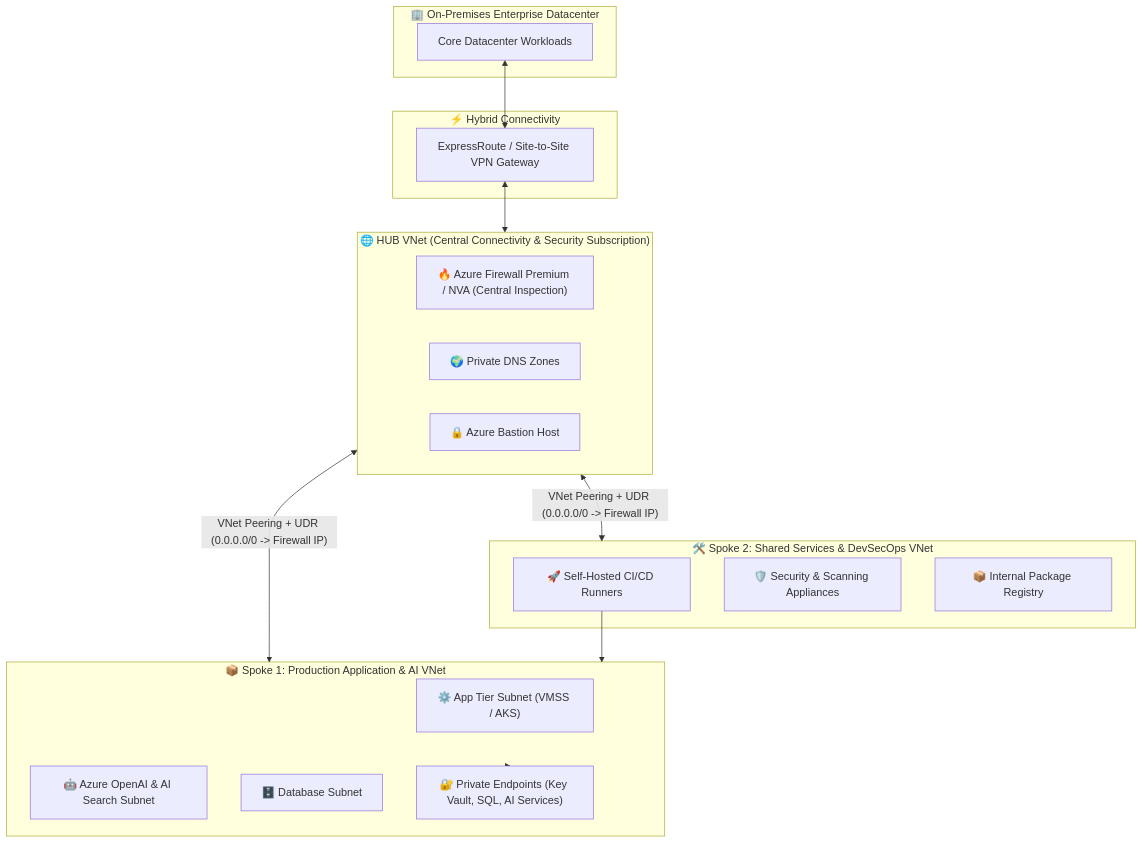
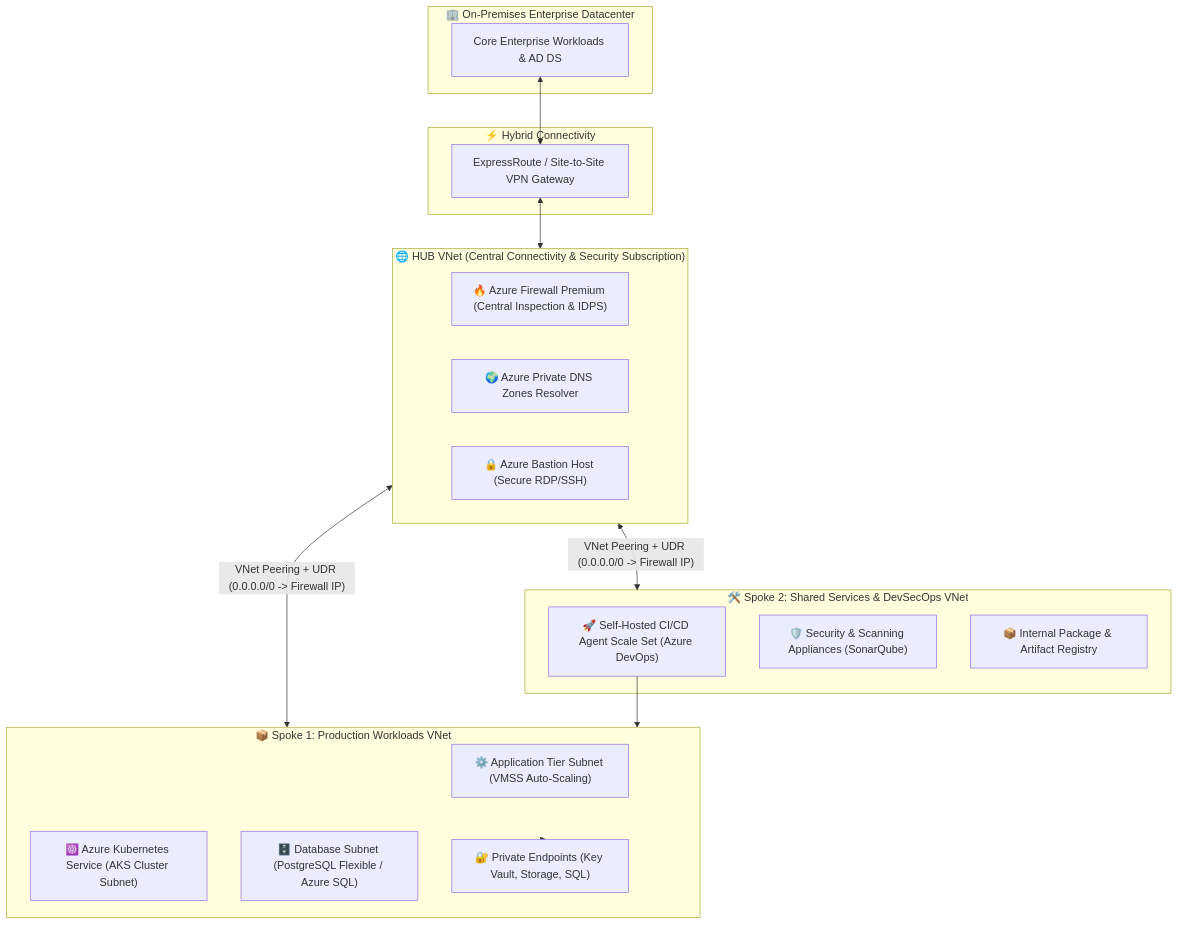
The first of 5 diagrams in README.md (patelneetu10-stack/patelneetu10-stack), drawn with Mermaid before and after one commit. The commit also changed other lines of this file, not shown here.

Commit message:
docs: revamp profile README for DevOps Engineer & Azure Cloud specialist (remove AI references)

````diff
--- a/README.md
+++ b/README.md
@@ -289,36 +147,36 @@
 ```mermaid
 flowchart TD
     subgraph OnPrem["🏢 On-Premises Enterprise Datacenter"]
-        DC["Core Datacenter Workloads"]
+        DC["Core Enterprise Workloads & AD DS"]
     end
 
-    subgraph ExpressRoute["⚡ Hybrid Connectivity"]
+    subgraph HybridConnect["⚡ Hybrid Connectivity"]
         GW["ExpressRoute / Site-to-Site VPN Gateway"]
     end
 
     subgraph HubVNet["🌐 HUB VNet (Central Connectivity & Security Subscription)"]
-        FW["🔥 Azure Firewall Premium / NVA (Central Inspection)"]
-        DNS["🌍 Private DNS Zones"]
-        Bastion["🔒 Azure Bastion Host"]
+        FW["🔥 Azure Firewall Premium (Central Inspection & IDPS)"]
+        DNS["🌍 Azure Private DNS Zones Resolver"]
+        Bastion["🔒 Azure Bastion Host (Secure RDP/SSH)"]
     end
 
-    subgraph Spoke1["📦 Spoke 1: Production Application & AI VNet"]
-        AppTier["⚙️ App Tier Subnet (VMSS / AKS)"]
-        AITier["🤖 Azure OpenAI & AI Search Subnet"]
-        DBTier["🗄️ Database Subnet"]
-        PE1["🔐 Private Endpoints (Key Vault, SQL, AI Services)"]
+    subgraph Spoke1["📦 Spoke 1: Production Workloads VNet"]
+        AppSubnet["⚙️ Application Tier Subnet (VMSS Auto-Scaling)"]
+        AKSSubnet["☸️ Azure Kubernetes Service (AKS Cluster Subnet)"]
+        DBSubnet["🗄️ Database Subnet (PostgreSQL Flexible / Azure SQL)"]
+        PE1["🔐 Private Endpoints (Key Vault, Storage, SQL)"]
     end
 
     subgraph Spoke2["🛠️ Spoke 2: Shared Services & DevSecOps VNet"]
-        Runners["🚀 Self-Hosted CI/CD Runners"]
-        SecTools["🛡️ Security & Scanning Appliances"]
-        Artifacts["📦 Internal Package Registry"]
+        Runners["🚀 Self-Hosted CI/CD Agent Scale Set (Azure DevOps)"]
+        SecTools["🛡️ Security & Scanning Appliances (SonarQube)"]
+        Artifacts["📦 Internal Package & Artifact Registry"]
     end
 
     DC <--> GW
     GW <--> HubVNet
     HubVNet <-- "VNet Peering + UDR (0.0.0.0/0 -> Firewall IP)" --> Spoke1
     HubVNet <-- "VNet Peering + UDR (0.0.0.0/0 -> Firewall IP)" --> Spoke2
     Spoke1 -.-> PE1
     Runners --> Spoke1
 ```
````
